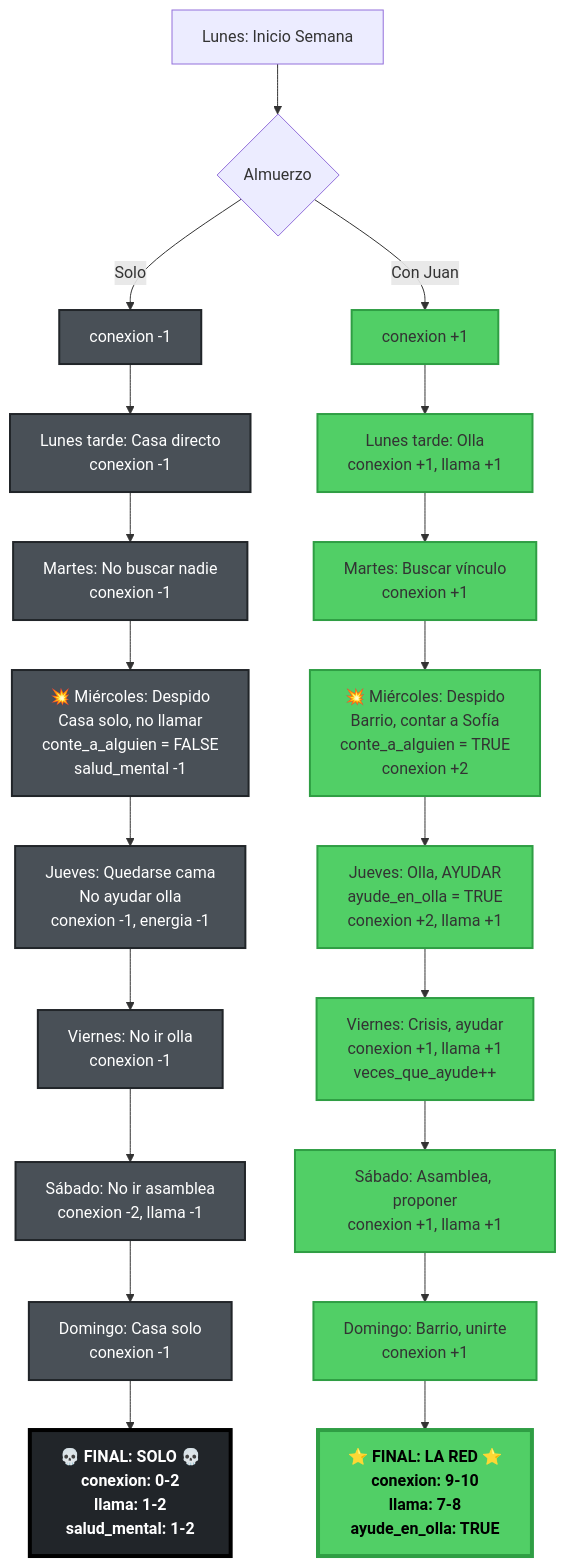
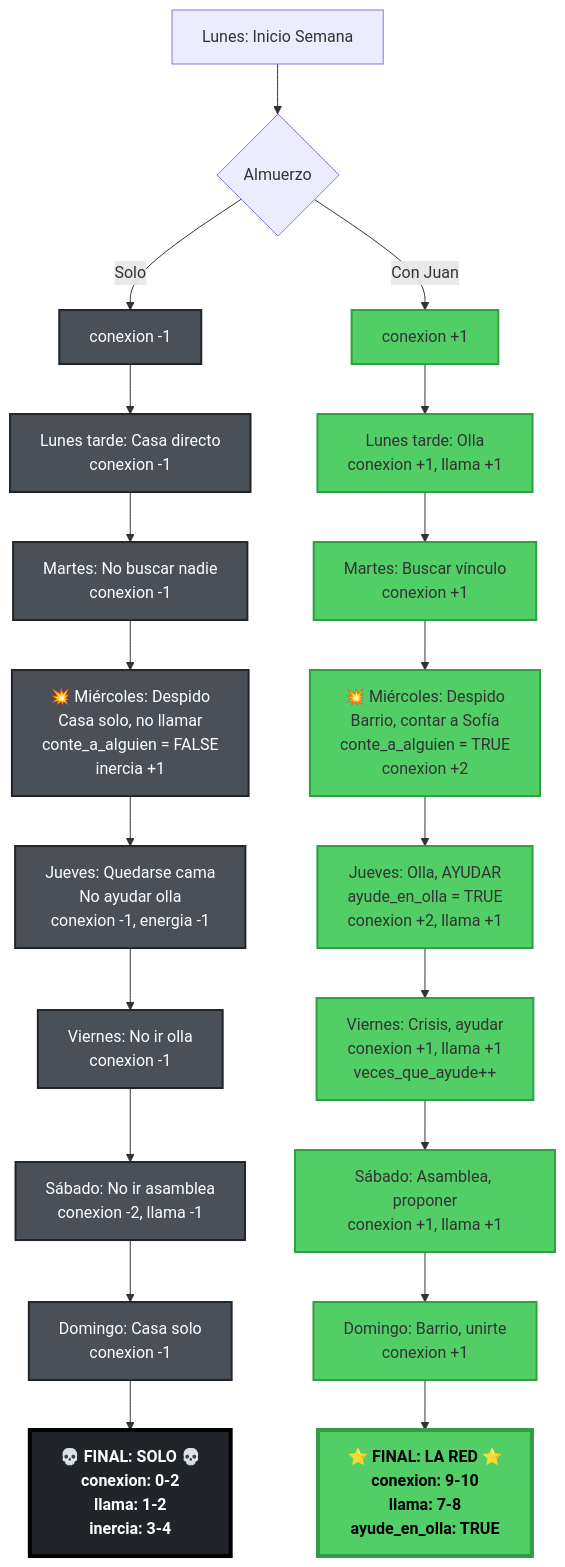
One commit to VicThor-wpp/un-dia-mas changed diagram 14 of 14 in docs/design/flowcharts.md. Above: the diagram before and after it, drawn with Mermaid. The commit also changed other lines of this file and 21 other files, not shown here.

````diff
--- a/docs/design/flowcharts.md
+++ b/docs/design/flowcharts.md
@@ -685,33 +715,33 @@
 ```mermaid
 flowchart TD
     START[Lunes: Inicio Semana]
 
     START --> LUNCH{Almuerzo}
 
     %% RUTA AISLAMIENTO
     LUNCH -->|Solo| ISO_L1[conexion -1]:::iso
     ISO_L1 --> ISO_L2[Lunes tarde: Casa directo<br/>conexion -1]:::iso
     ISO_L2 --> ISO_M1[Martes: No buscar nadie<br/>conexion -1]:::iso
-    ISO_M1 --> ISO_W1[💥 Miércoles: Despido<br/>Casa solo, no llamar<br/>conte_a_alguien = FALSE<br/>salud_mental -1]:::iso
+    ISO_M1 --> ISO_W1[💥 Miércoles: Despido<br/>Casa solo, no llamar<br/>conte_a_alguien = FALSE<br/>inercia +1]:::iso
     ISO_W1 --> ISO_TH1[Jueves: Quedarse cama<br/>No ayudar olla<br/>conexion -1, energia -1]:::iso
     ISO_TH1 --> ISO_F1[Viernes: No ir olla<br/>conexion -1]:::iso
     ISO_F1 --> ISO_S1[Sábado: No ir asamblea<br/>conexion -2, llama -1]:::iso
     ISO_S1 --> ISO_D1[Domingo: Casa solo<br/>conexion -1]:::iso
-    ISO_D1 --> ISO_FINAL[💀 FINAL: SOLO 💀<br/>conexion: 0-2<br/>llama: 1-2<br/>salud_mental: 1-2]:::ending_worst
+    ISO_D1 --> ISO_FINAL[💀 FINAL: SOLO 💀<br/>conexion: 0-2<br/>llama: 1-2<br/>inercia: 3-4]:::ending_worst
 
     %% RUTA CONEXIÓN
     LUNCH -->|Con Juan| CONN_L1[conexion +1]:::conn
     CONN_L1 --> CONN_L2[Lunes tarde: Olla<br/>conexion +1, llama +1]:::conn
     CONN_L2 --> CONN_M1[Martes: Buscar vínculo<br/>conexion +1]:::conn
     CONN_M1 --> CONN_W1[💥 Miércoles: Despido<br/>Barrio, contar a Sofía<br/>conte_a_alguien = TRUE<br/>conexion +2]:::conn
     CONN_W1 --> CONN_TH1[Jueves: Olla, AYUDAR<br/>ayude_en_olla = TRUE<br/>conexion +2, llama +1]:::conn
     CONN_TH1 --> CONN_F1[Viernes: Crisis, ayudar<br/>conexion +1, llama +1<br/>veces_que_ayude++]:::conn
     CONN_F1 --> CONN_S1[Sábado: Asamblea, proponer<br/>conexion +1, llama +1]:::conn
     CONN_S1 --> CONN_D1[Domingo: Barrio, unirte<br/>conexion +1]:::conn
     CONN_D1 --> CONN_FINAL[⭐ FINAL: LA RED ⭐<br/>conexion: 9-10<br/>llama: 7-8<br/>ayude_en_olla: TRUE]:::ending_best
 
     classDef iso fill:#495057,stroke:#212529,stroke-width:2px,color:#fff
     classDef conn fill:#51cf66,stroke:#2f9e44,stroke-width:2px
     classDef ending_worst fill:#212529,stroke:#000,stroke-width:4px,color:#fff,font-weight:bold
     classDef ending_best fill:#51cf66,stroke:#2f9e44,stroke-width:4px,color:#000,font-weight:bold
 ```
````
